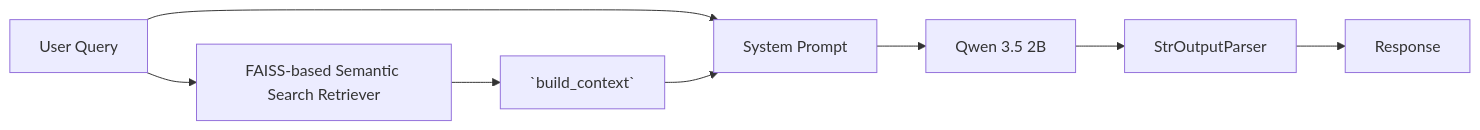
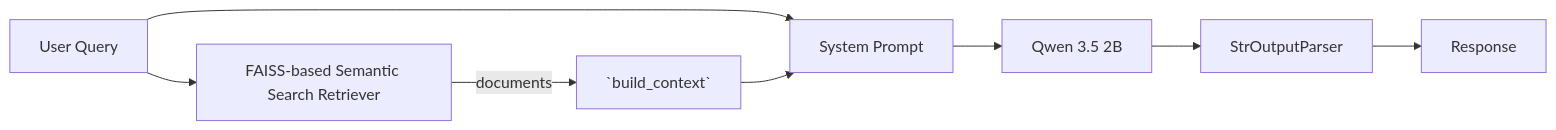
The diagram in README.md (UBC-MDS/DSCI_575_project_alnliu11_lightgl), drawn with Mermaid before and after one commit.

Commit message:
Update README with the output of retriever

````diff
--- a/README.md
+++ b/README.md
@@ -24,10 +24,10 @@
 ```mermaid
 graph LR
     Query[User Query] --> Ret[FAISS-based Semantic Search Retriever]
-    Ret --> Context[`build_context`]
+    Ret -- documents --> Context[`build_context`]
     Query --> Prompt[System Prompt]
     Context --> Prompt
     Prompt --> LLM[Qwen 3.5 2B]
     LLM --> Parser[StrOutputParser]
     Parser --> Response[Response]
 ```
````
